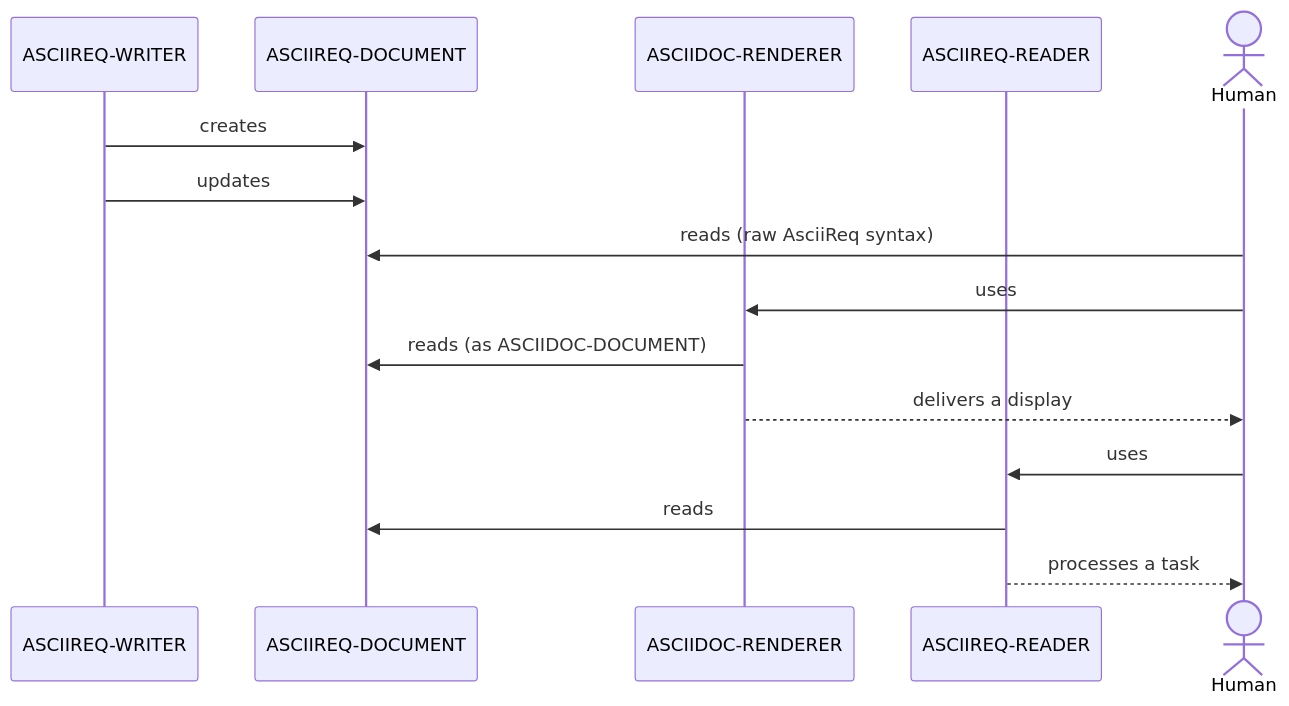
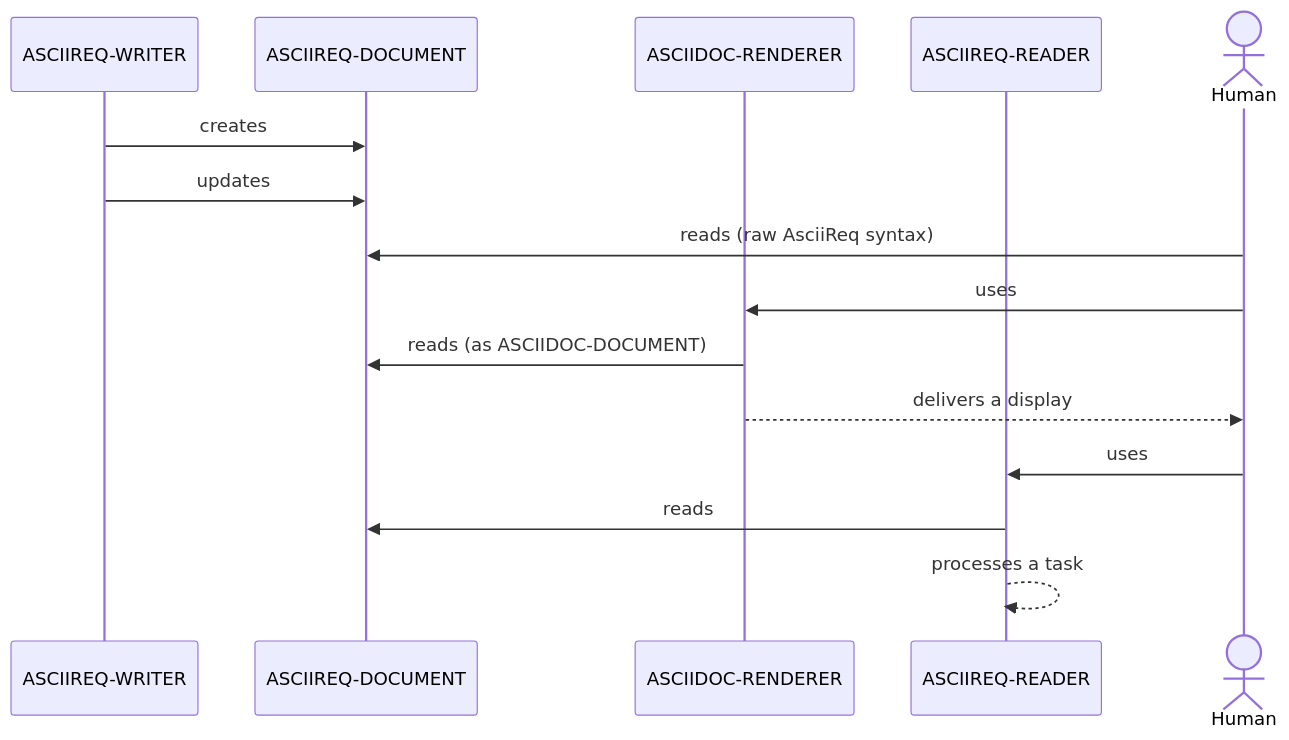
One commit to AsciiReq/specification changed the diagram in diagrams/asciireq-workflow.mmd. Above: the diagram before and after it, drawn with Mermaid. The commit also changed 1 other file, not shown here.

Commit message:
Make 'processes a task' a self-process of ASCIIREQ-READER in workflow chart (PR #2 remark 4577497684)

```diff
--- a/diagrams/asciireq-workflow.mmd
+++ b/diagrams/asciireq-workflow.mmd
@@ -1,19 +1,19 @@
 sequenceDiagram
     participant ASCIIREQ-WRITER
     participant ASCIIREQ-DOCUMENT
     participant ASCIIDOC-RENDERER
     participant ASCIIREQ-READER
     actor Human
 
     ASCIIREQ-WRITER->>ASCIIREQ-DOCUMENT: creates
     ASCIIREQ-WRITER->>ASCIIREQ-DOCUMENT: updates
 
     Human->>ASCIIREQ-DOCUMENT: reads (raw AsciiReq syntax)
 
     Human->>ASCIIDOC-RENDERER: uses
     ASCIIDOC-RENDERER->>ASCIIREQ-DOCUMENT: reads (as ASCIIDOC-DOCUMENT)
     ASCIIDOC-RENDERER-->>Human: delivers a display
 
     Human->>ASCIIREQ-READER: uses
     ASCIIREQ-READER->>ASCIIREQ-DOCUMENT: reads
-    ASCIIREQ-READER-->>Human: processes a task
+    ASCIIREQ-READER-->>ASCIIREQ-READER: processes a task
```
